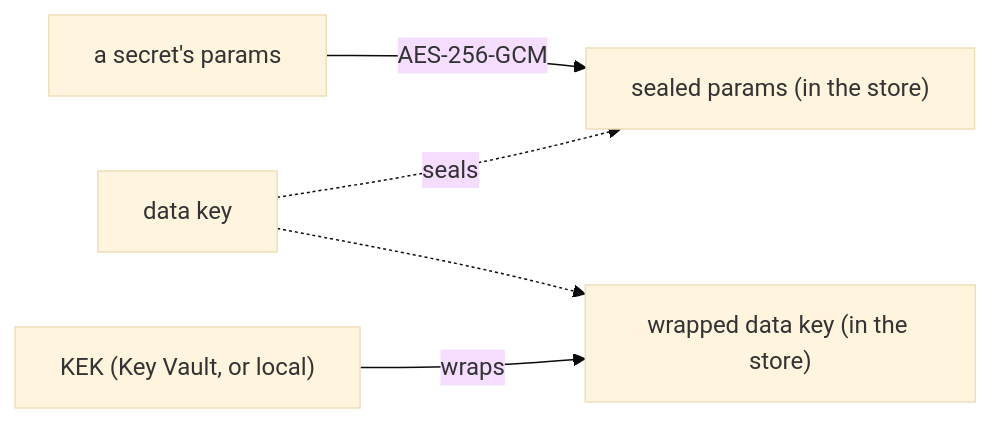
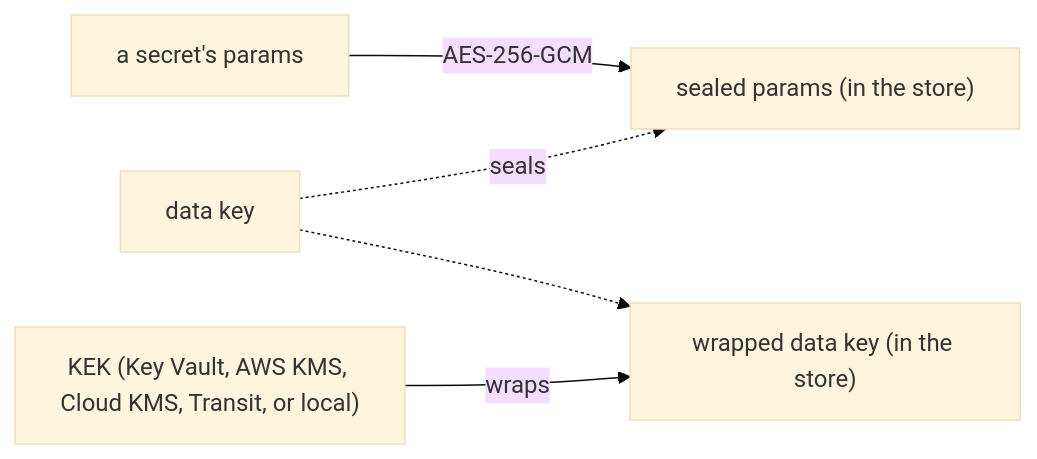
Before and after one commit to hugr-lab/tresor-server: the diagram in website/docs/encryption.md, drawn with Mermaid (base theme). The commit also changed other lines of this file and 28 other files, not shown here.

````diff
--- a/website/docs/encryption.md
+++ b/website/docs/encryption.md
@@ -9,7 +9,7 @@
 ```mermaid
 flowchart LR
   params["a secret's params"] -- "AES-256-GCM" --> sealed["sealed params (in the store)"]
   dek["data key"] -. "seals" .-> sealed
-  kek["KEK (Key Vault, or local)"] -- "wraps" --> wrapped["wrapped data key (in the store)"]
+  kek["KEK (Key Vault, AWS KMS, Cloud KMS, Transit, or local)"] -- "wraps" --> wrapped["wrapped data key (in the store)"]
   dek -.-> wrapped
 ```
````
